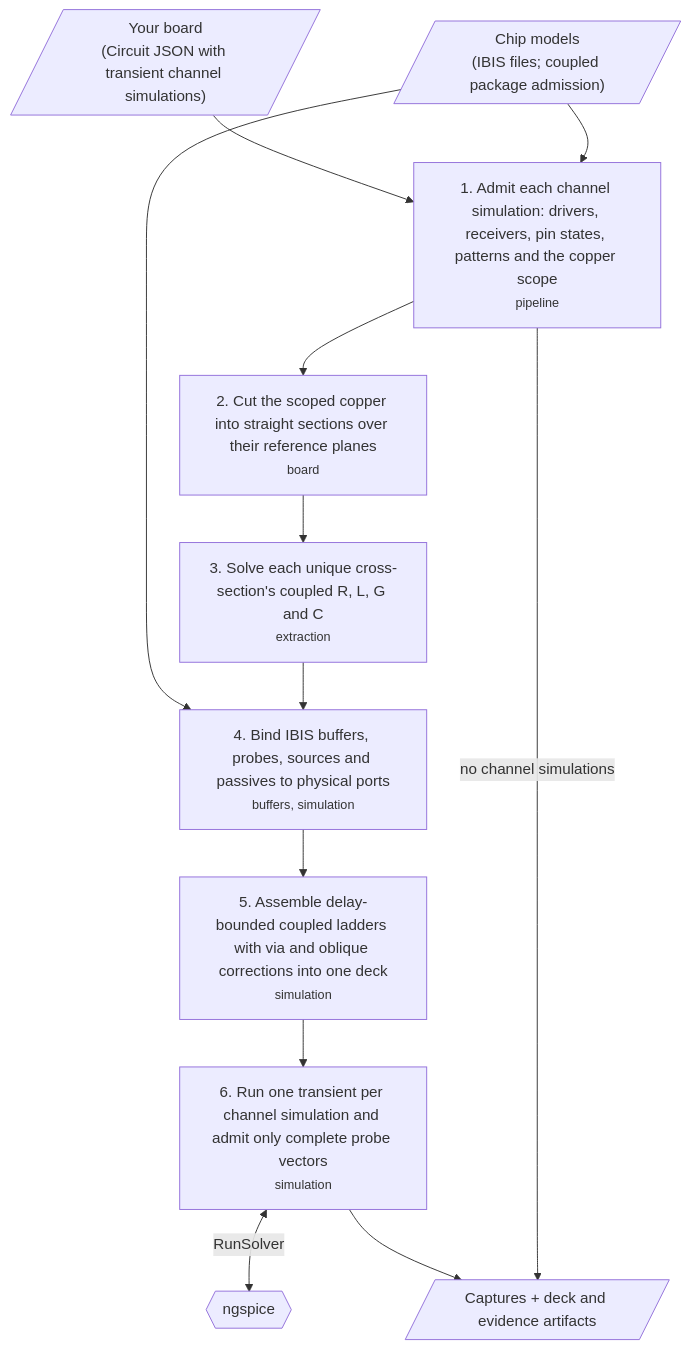
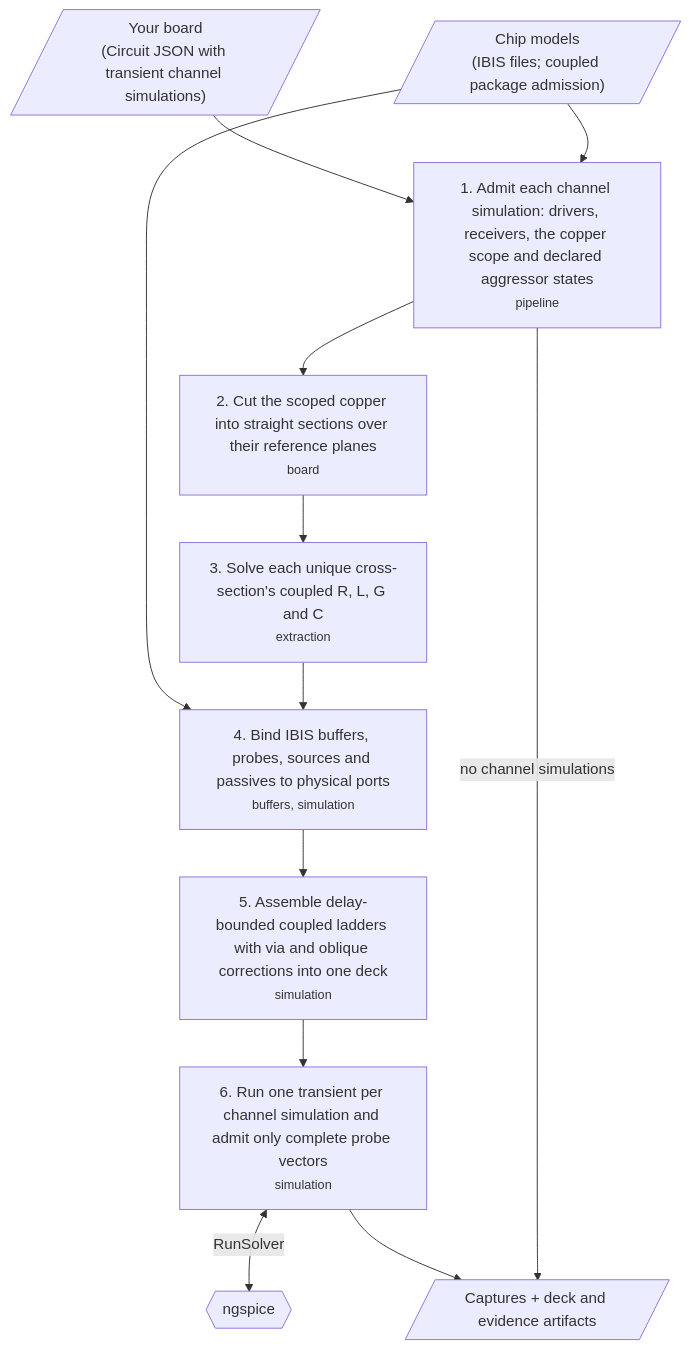
Before and after one commit to draarivpatel-ui/signal-integrity-pipeline: the first of 3 diagrams in README.md, drawn with Mermaid. The commit also changed other lines of this file and 3 other files, not shown here.

Commit message:
docs and tests: carry aggressor states into the routed pipeline

````diff
--- a/README.md
+++ b/README.md
@@ -76,14 +72,14 @@
 ```mermaid
 flowchart TD
-  board[/"Your board<br/>(Circuit JSON with transient channel simulations)"/] --> s1["1. Admit each channel simulation: drivers, receivers, pin states, patterns and the copper scope<br/><small>pipeline</small>"]
+  board[/"Your board<br/>(Circuit JSON with transient channel simulations)"/] --> s1["1. Admit each channel simulation: drivers, receivers, the copper scope and declared aggressor states<br/><small>pipeline</small>"]
   chips[/"Chip models<br/>(IBIS files; coupled package admission)"/] --> s1
   s1 --> s2["2. Cut the scoped copper into straight sections over their reference planes<br/><small>board</small>"]
   s2 --> s3["3. Solve each unique cross-section's coupled R, L, G and C<br/><small>extraction</small>"]
   chips --> s4
   s3 --> s4["4. Bind IBIS buffers, probes, sources and passives to physical ports<br/><small>buffers, simulation</small>"]
   s4 --> s5["5. Assemble delay-bounded coupled ladders with via and oblique corrections into one deck<br/><small>simulation</small>"]
   s5 --> s6["6. Run one transient per channel simulation and admit only complete probe vectors<br/><small>simulation</small>"]
   s6 <-->|"RunSolver"| ng{{"ngspice"}}
   s6 --> out[/"Captures + deck and evidence artifacts"/]
   s1 -->|"no channel simulations"| out
 ```
````
